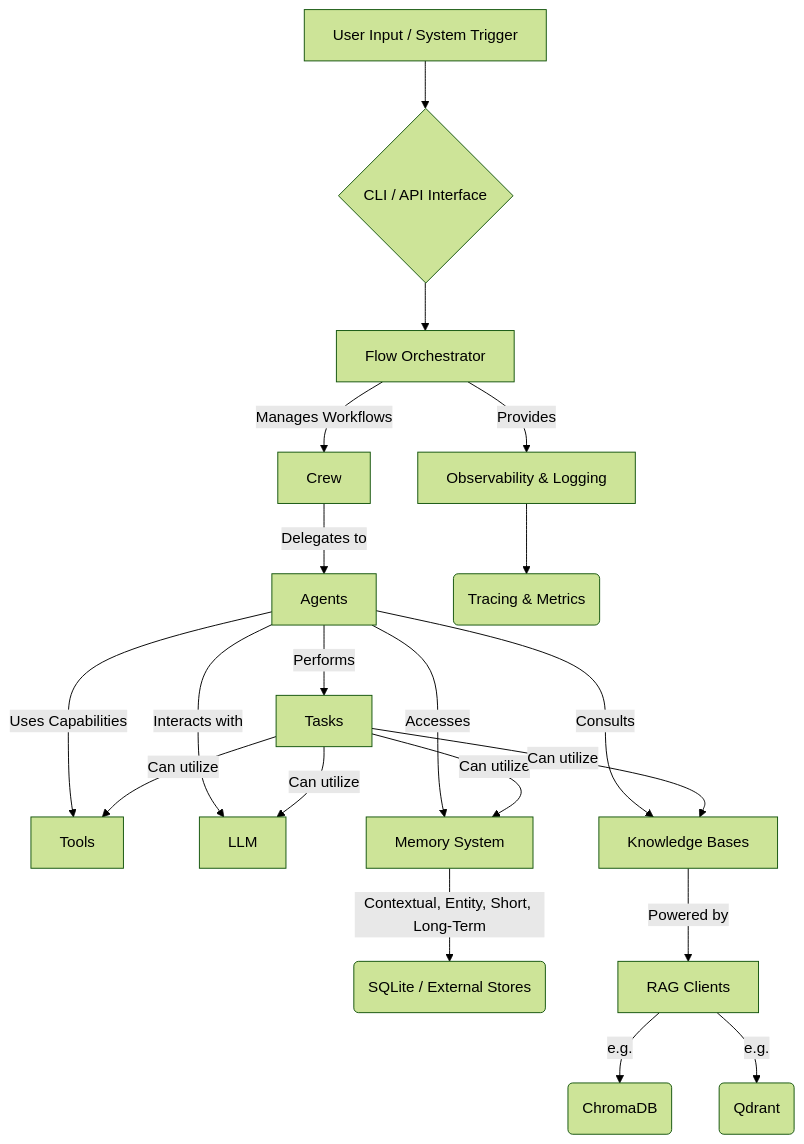
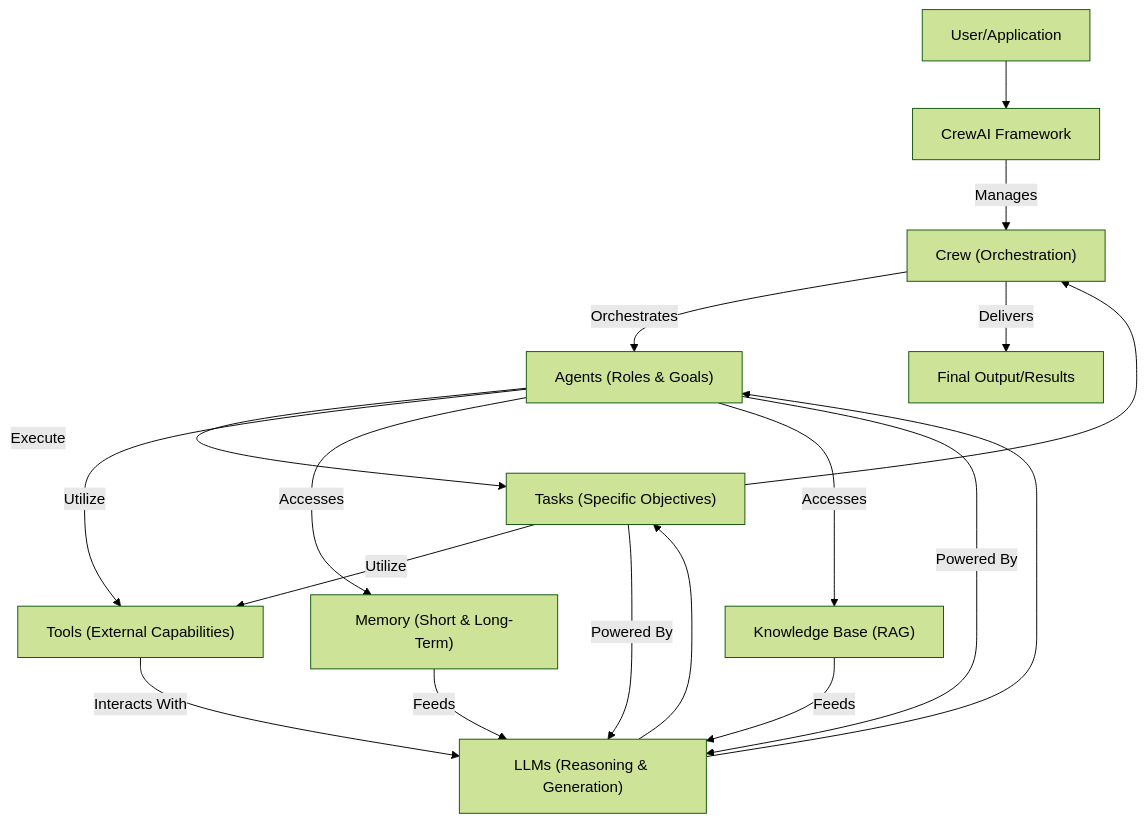
Before and after one commit to grewal16/crewAI: the diagram in README.md, drawn with Mermaid (forest theme). The commit also changed other lines of this file, not shown here.

````diff
--- a/README.md
+++ b/README.md
@@ -46,22 +42,28 @@
 ```mermaid
 graph TD
-    A[User Input / System Trigger] --> B{CLI / API Interface};
-    B --> C[Flow Orchestrator];
-    C -- Manages Workflows --> D[Crew];
-    D -- Delegates to --> E[Agents];
-    E -- Performs --> F[Tasks];
-    E -- Uses Capabilities --> G[Tools];
-    E -- Interacts with --> H[LLM];
-    E -- Accesses --> I[Memory System];
-    I -- Contextual, Entity, Short, Long-Term --> J(SQLite / External Stores);
-    E -- Consults --> K[Knowledge Bases];
-    K -- Powered by --> L[RAG Clients];
-    L -- e.g. --> L1(ChromaDB);
-    L -- e.g. --> L2(Qdrant);
-    F -- Can utilize --> G;
-    F -- Can utilize --> H;
-    F -- Can utilize --> I;
-    F -- Can utilize --> K;
-    C -- Provides --> M[Observability & Logging];
-    M --> N(Tracing & Metrics);
+    A["User/Application"] --> B["CrewAI Framework"];
+
+    B -- Manages --> C["Crew (Orchestration)"];
+
+    C -- Orchestrates --> D["Agents (Roles & Goals)"];
+
+    D -- Execute --> E["Tasks (Specific Objectives)"];
+
+    E -- Utilize --> F["Tools (External Capabilities)"];
+    D -- Utilize --> F;
+
+    D -- Accesses --> G["Memory (Short & Long-Term)"];
+    D -- Accesses --> H["Knowledge Base (RAG)"];
+
+    D -- Powered By --> I["LLMs (Reasoning & Generation)"];
+    E -- Powered By --> I;
+    F -- Interacts With --> I;
+    G -- Feeds --> I;
+    H -- Feeds --> I;
+
+    I --> D;
+    I --> E;
+
+    E --> C;
+    C -- Delivers --> J["Final Output/Results"];
 ```
````
